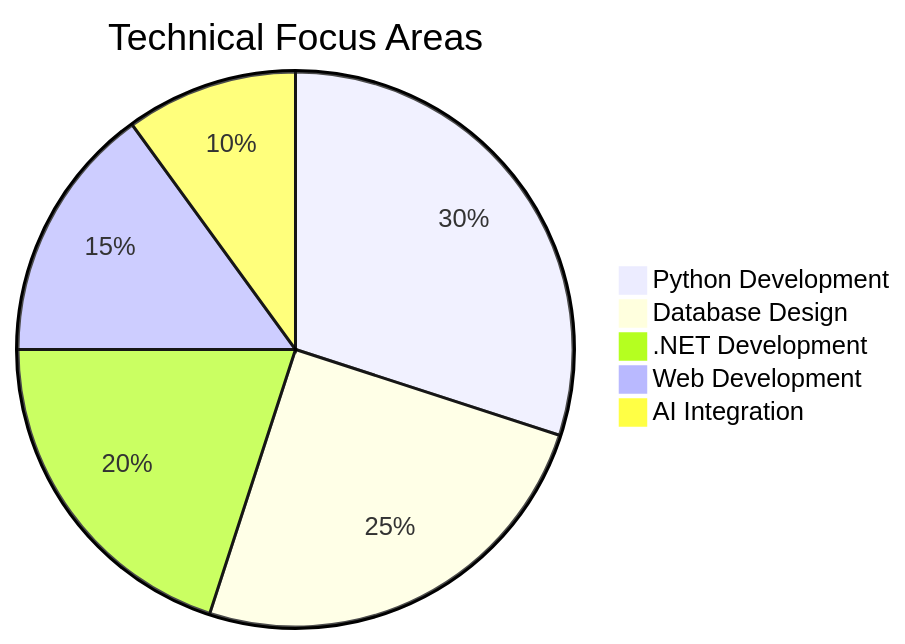
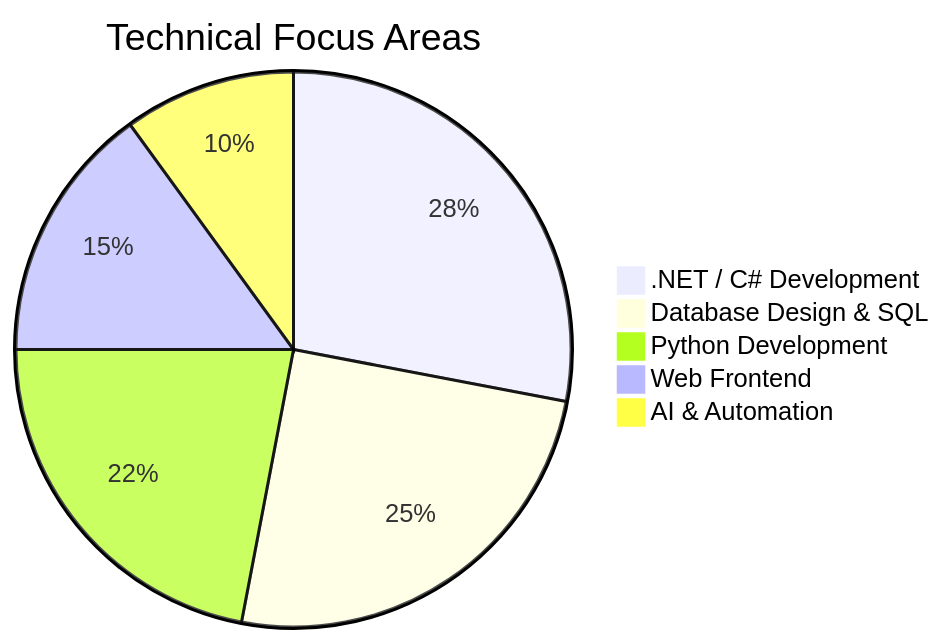
One commit to AhmedTyson/AhmedTyson changed the diagram in README.md. Above: the diagram before and after it, drawn with Mermaid. The commit also changed other lines of this file, not shown here.

````diff
--- a/README.md
+++ b/README.md
@@ -161,9 +191,9 @@
 ```mermaid
 pie
     title Technical Focus Areas
-    "Python Development" : 30
-    "Database Design" : 25
-    ".NET Development" : 20
-    "Web Development" : 15
-    "AI Integration" : 10
+    ".NET / C# Development" : 28
+    "Database Design & SQL" : 25
+    "Python Development" : 22
+    "Web Frontend" : 15
+    "AI & Automation" : 10
 ```
````
